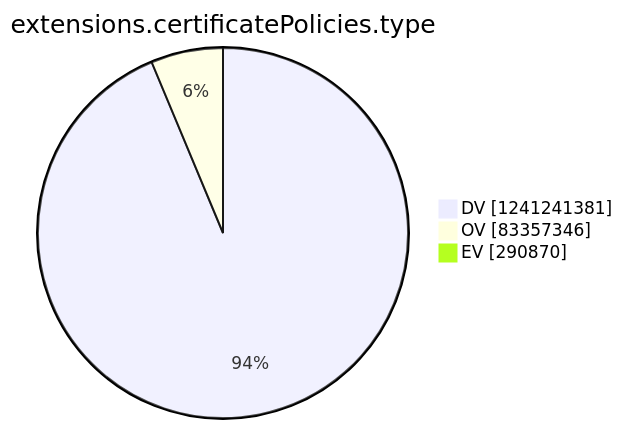
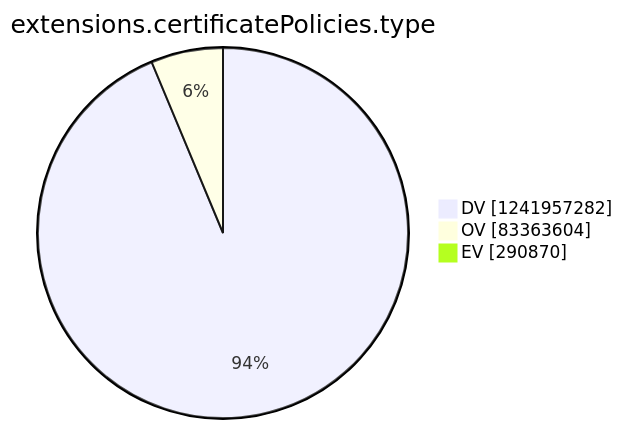
Before and after one commit to christiankrug/ctmonitor_visualization: the tenth of 15 diagrams in argon2022/README.md, drawn with Mermaid. The commit also changed other lines of this file, not shown here.

````diff
--- a/argon2022/README.md
+++ b/argon2022/README.md
@@ -2771,7 +2771,7 @@
 ```mermaid
 pie showData
 title extensions.certificatePolicies.type
-"DV" :1241241381
-"OV" :83357346
+"DV" :1241957282
+"OV" :83363604
 "EV" :290870
 ```
````
